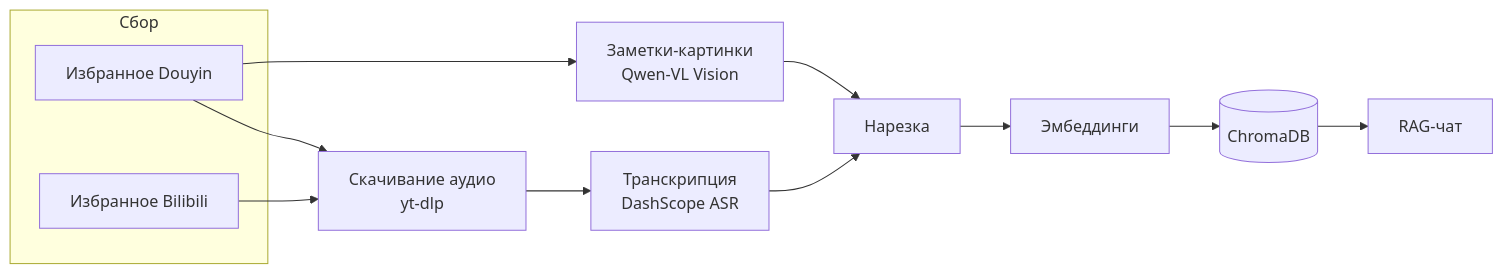
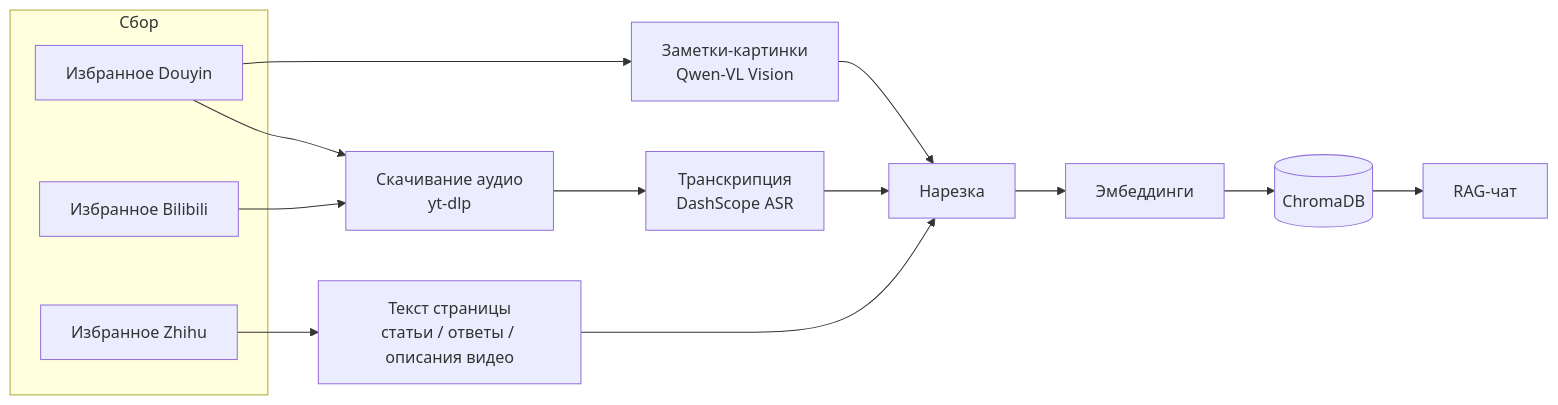
The diagram in docs/README.ru.md (EypeZeo/Akasha-RAG), drawn with Mermaid before and after one commit. The commit also changed other lines of this file and 8 other files, not shown here.

````diff
--- a/docs/README.ru.md
+++ b/docs/README.ru.md
@@ -21,16 +29,19 @@
 ```mermaid
 flowchart LR
     subgraph col["Сбор"]
         DY[Избранное Douyin]
         BILI[Избранное Bilibili]
+        ZH[Избранное Zhihu]
     end
     DY --> DL[Скачивание аудио<br/>yt-dlp]
     BILI --> DL
     DY --> IMG[Заметки-картинки<br/>Qwen-VL Vision]
+    ZH --> TEXT[Текст страницы<br/>статьи / ответы / описания видео]
     DL --> ASR[Транскрипция<br/>DashScope ASR]
     ASR --> CHUNK[Нарезка]
     IMG --> CHUNK
+    TEXT --> CHUNK
     CHUNK --> EMBED[Эмбеддинги]
     EMBED --> VDB[(ChromaDB)]
     VDB --> CHAT[RAG-чат]
 ```
````
